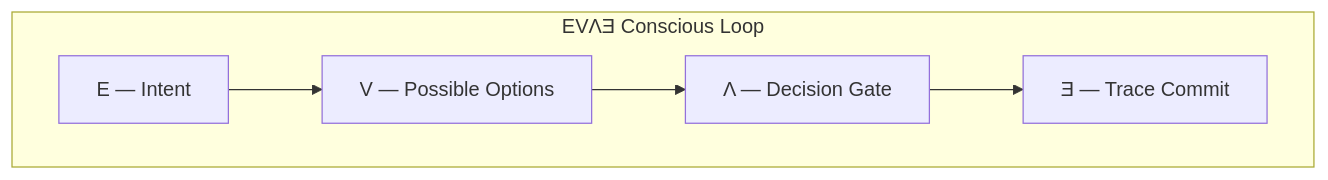
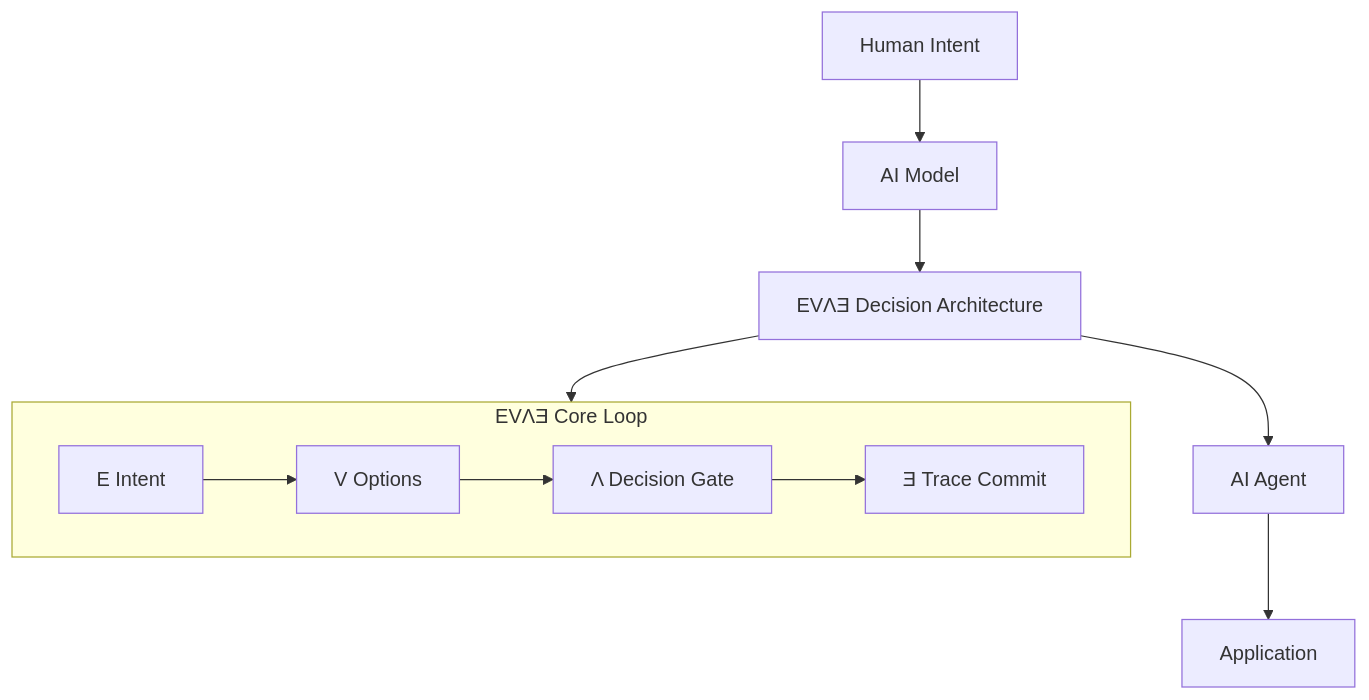
One commit to HIROYOKOKI/evae-conscious-loop changed the diagram in README.md. Above: the diagram before and after it, drawn with Mermaid. The commit also changed other lines of this file, not shown here.

````diff
--- a/README.md
+++ b/README.md
@@ -13,13 +27,23 @@
 ```mermaid
 flowchart TD
-    E["E — Intent"] --> V["V — Possible Options"]
-    V --> L["Λ — Decision Gate"]
-    L --> T["Ǝ — Trace Commit"]
+    A[Human Intent]
+    B[AI Model]
+    C[EVΛƎ Decision Architecture]
+    D[AI Agent]
+    E[Application]
 
-    subgraph Message [EVΛƎ Conscious Loop]
-      E
-      V
-      L
-      T
+    A --> B
+    B --> C
+    C --> D
+    D --> E
+
+    subgraph EVAE_Core[EVΛƎ Core Loop]
+        C1[E Intent]
+        C2[V Options]
+        C3[Λ Decision Gate]
+        C4[Ǝ Trace Commit]
+        C1 --> C2 --> C3 --> C4
     end
+
+    C --> EVAE_Core
 ```
````
